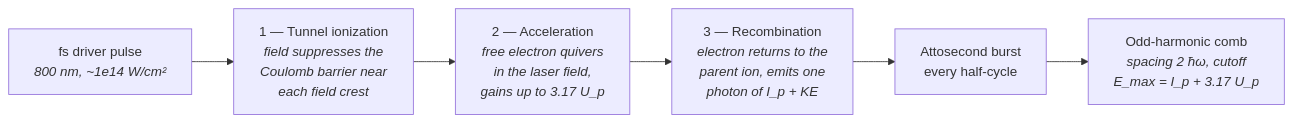
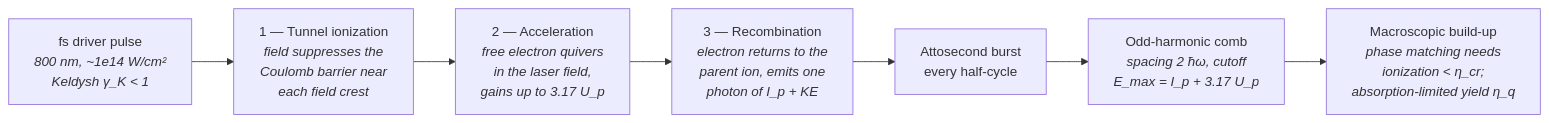
The diagram in docs/sources/hhg.md (sonoransun/highuvlith), drawn with Mermaid before and after one commit. The commit also changed other lines of this file and 496 other files, not shown here.

````diff
--- a/docs/sources/hhg.md
+++ b/docs/sources/hhg.md
@@ -21,8 +29,9 @@
 ```mermaid
 flowchart LR
-    A["fs driver pulse<br/><i>800 nm, ~1e14 W/cm²</i>"] --> B["1 — Tunnel ionization<br/><i>field suppresses the<br/>Coulomb barrier near<br/>each field crest</i>"]
+    A["fs driver pulse<br/><i>800 nm, ~1e14 W/cm²<br/>Keldysh γ_K < 1</i>"] --> B["1 — Tunnel ionization<br/><i>field suppresses the<br/>Coulomb barrier near<br/>each field crest</i>"]
     B --> C["2 — Acceleration<br/><i>free electron quivers<br/>in the laser field,<br/>gains up to 3.17 U_p</i>"]
     C --> D["3 — Recombination<br/><i>electron returns to the<br/>parent ion, emits one<br/>photon of I_p + KE</i>"]
     D --> E["Attosecond burst<br/>every half-cycle"]
     E --> F["Odd-harmonic comb<br/><i>spacing 2 ħω, cutoff<br/>E_max = I_p + 3.17 U_p</i>"]
+    F --> G["Macroscopic build-up<br/><i>phase matching needs<br/>ionization < η_cr;<br/>absorption-limited yield η_q</i>"]
 ```
````
